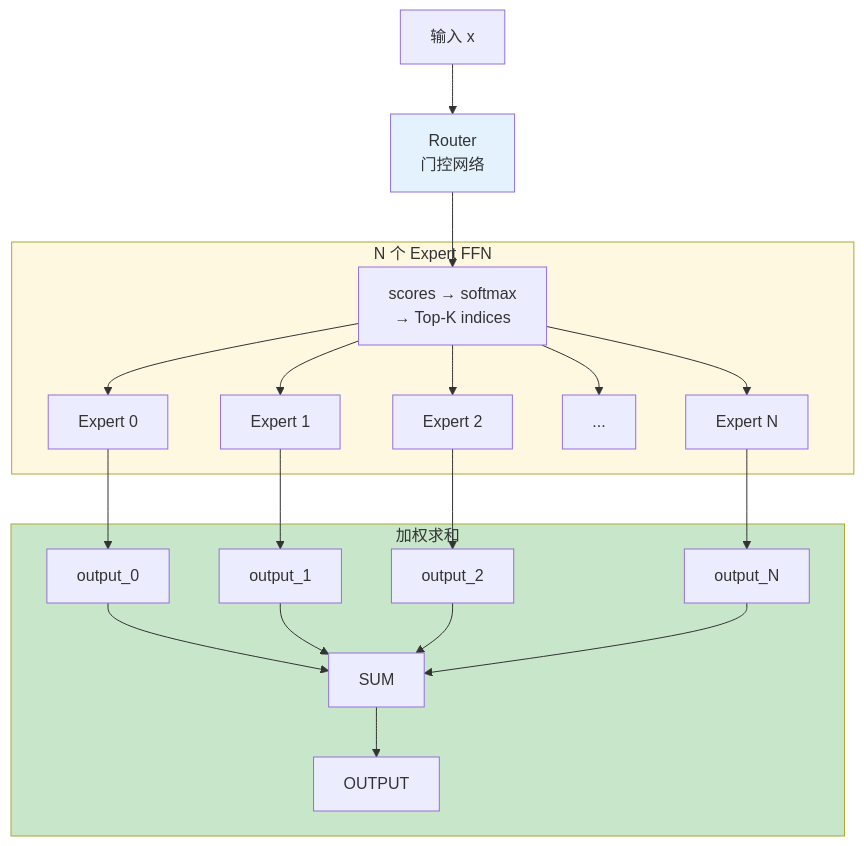
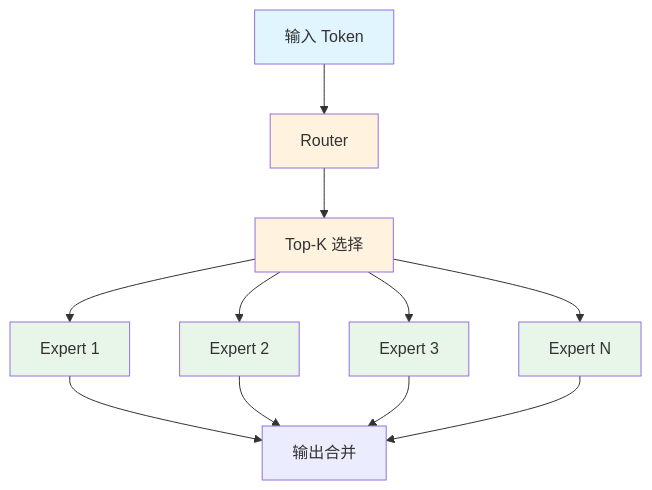
The seventh of 8 diagrams in 神经网络/大语言模型架构分析.md (yikox/mynote), drawn with Mermaid before and after one commit. The commit also changed other lines of this file, not shown here.

````diff
--- a/神经网络/大语言模型架构分析.md
+++ b/神经网络/大语言模型架构分析.md
@@ -499,28 +401,21 @@
 ```mermaid
 flowchart TD
-    A[输入 x] --> B["Router<br/>门控网络"]
+    A[输入 Token] --> B[Router]
+    B --> C[Top-K 选择]
+    C --> D1[Expert 1]
+    C --> D2[Expert 2]
+    C --> D3[Expert 3]
+    C --> D4[Expert N]
+    D1 --> E[输出合并]
+    D2 --> E
+    D3 --> E
+    D4 --> E
 
-    B --> C["scores → softmax<br/>→ Top-K indices"]
-
-    subgraph Experts["N 个 Expert FFN"]
-        C --> E0[Expert 0]
-        C --> E1[Expert 1]
-        C --> E2[Expert 2]
-        C --> E3[...]
-        C --> EN[Expert N]
-    end
-
-    E0 --> O0[output_0]
-    E1 --> O1[output_1]
-    E2 --> O2[output_2]
-    EN --> ON[output_N]
-
-    subgraph Merge["加权求和"]
-        O0 & O1 & O2 & ON --> SUM
-        SUM --> OUTPUT
-    end
-
-    style B fill:#e3f2fd
-    style Experts fill:#fff8e1
-    style Merge fill:#c8e6c9
+    style A fill:#e1f5fe
+    style B fill:#fff3e0
+    style C fill:#fff3e0
+    style D1 fill:#e8f5e9
+    style D2 fill:#e8f5e9
+    style D3 fill:#e8f5e9
+    style D4 fill:#e8f5e9
 ```
````
